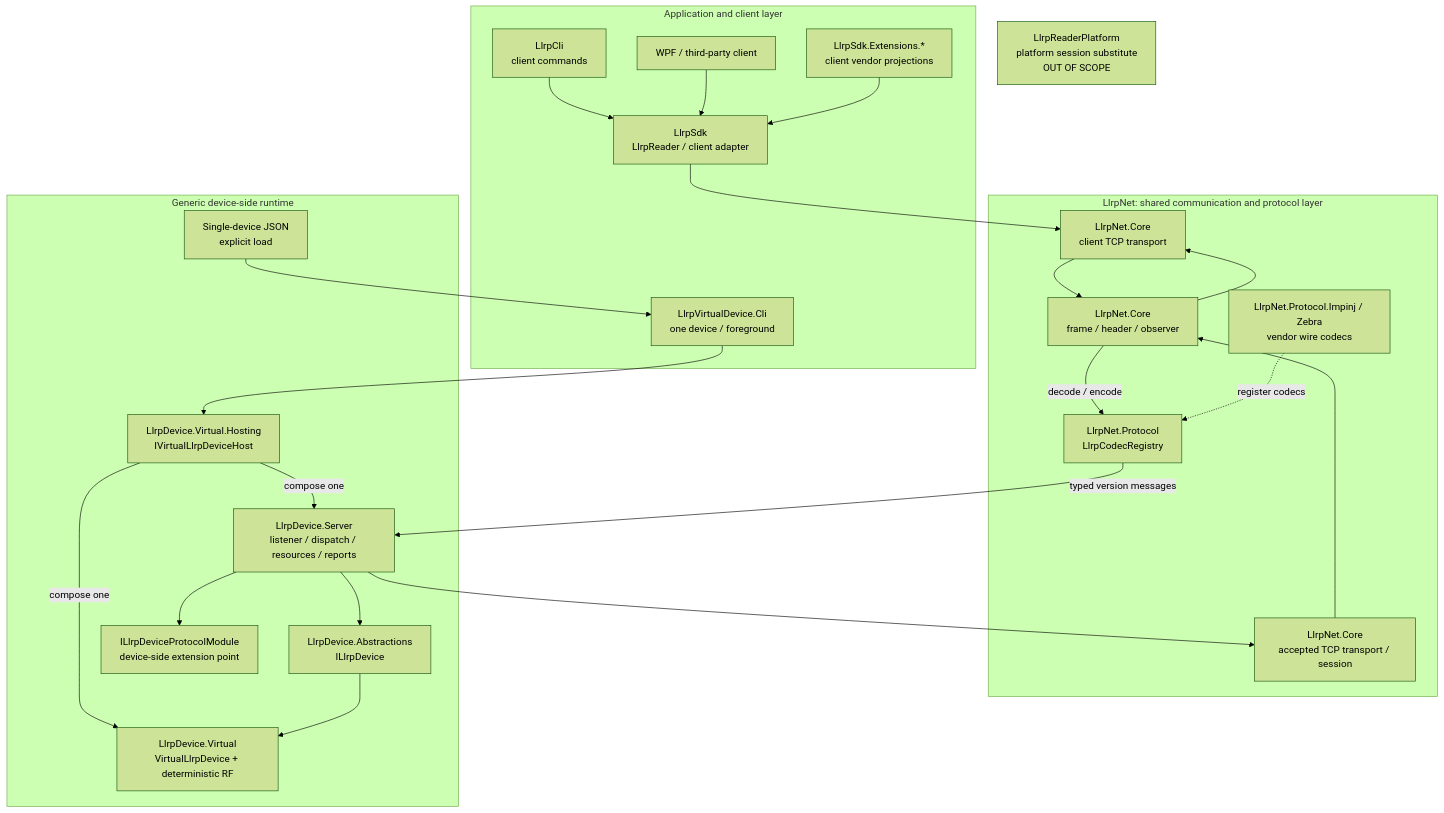
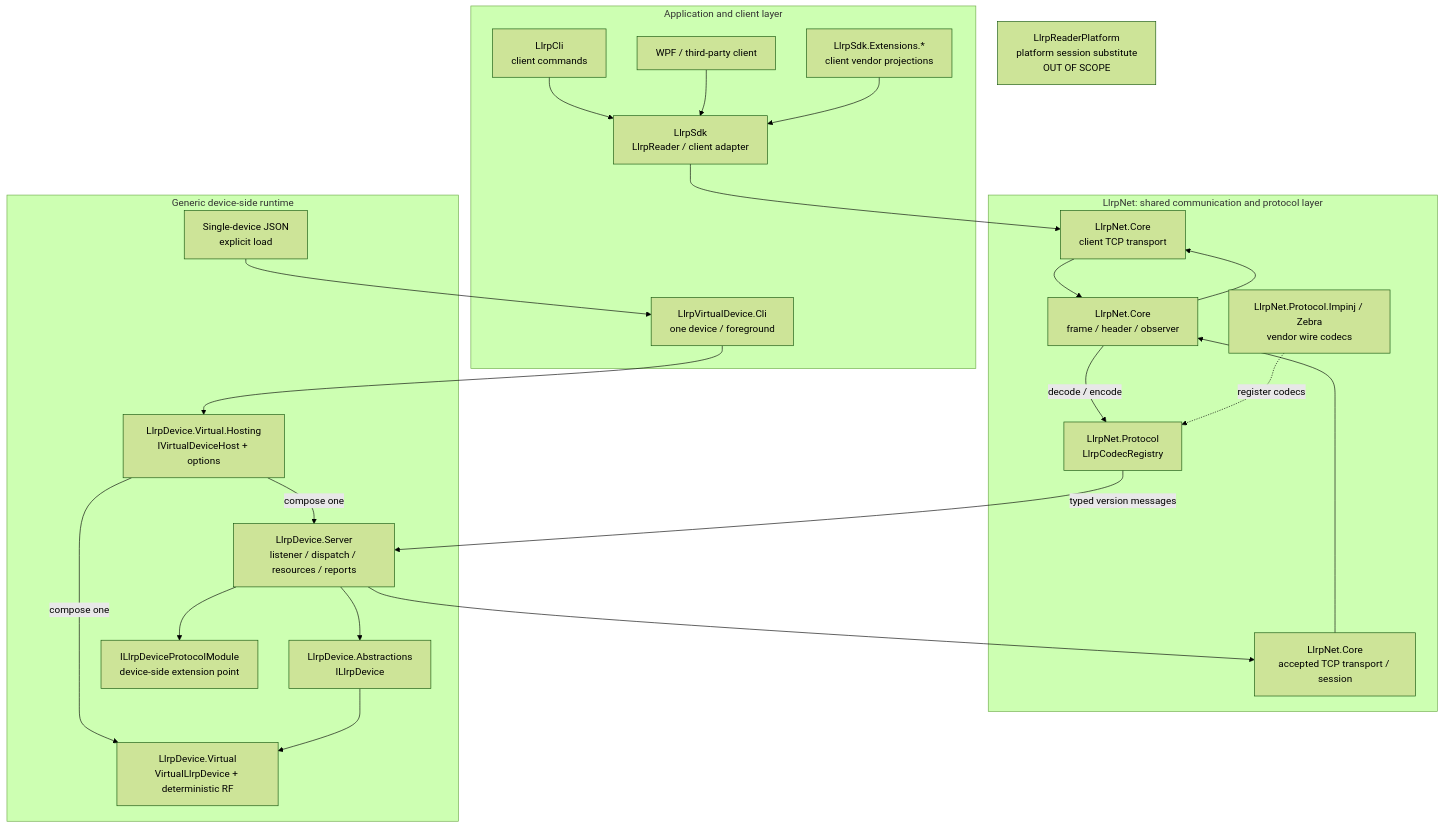
Before and after one commit to newton5555/LLRPCSharp: the diagram in docs/architecture/virtual-reader-architecture.mmd, drawn with Mermaid (forest theme). The commit also changed 29 other files, not shown here.

Commit message:
feat: add high-level virtual device hosting facade

```diff
--- a/docs/architecture/virtual-reader-architecture.mmd
+++ b/docs/architecture/virtual-reader-architecture.mmd
@@ -1,47 +1,47 @@
 flowchart TB
     subgraph APP["Application and client layer"]
         CLI["LlrpCli<br/>client commands"]
         CLIENT_APP["WPF / third-party client"]
         DEVICE_CLI["LlrpVirtualDevice.Cli<br/>one device / foreground"]
         SDK["LlrpSdk<br/>LlrpReader / client adapter"]
         SDK_EXT["LlrpSdk.Extensions.*<br/>client vendor projections"]
     end
 
     subgraph NET["LlrpNet: shared communication and protocol layer"]
         CLIENT_TCP["LlrpNet.Core<br/>client TCP transport"]
         SERVER_TCP["LlrpNet.Core<br/>accepted TCP transport / session"]
         FRAME["LlrpNet.Core<br/>frame / header / observer"]
         REGISTRY["LlrpNet.Protocol<br/>LlrpCodecRegistry"]
         WIRE["LlrpNet.Protocol.Impinj / Zebra<br/>vendor wire codecs"]
     end
 
     subgraph DEVICE["Generic device-side runtime"]
-        HOST["LlrpDevice.Virtual.Hosting<br/>IVirtualLlrpDeviceHost"]
+        HOST["LlrpDevice.Virtual.Hosting<br/>IVirtualDeviceHost + options"]
         SERVER["LlrpDevice.Server<br/>listener / dispatch / resources / reports"]
         CONTRACT["LlrpDevice.Abstractions<br/>ILlrpDevice"]
         VIRTUAL["LlrpDevice.Virtual<br/>VirtualLlrpDevice + deterministic RF"]
         CONFIG["Single-device JSON<br/>explicit load"]
         EXT["ILlrpDeviceProtocolModule<br/>device-side extension point"]
     end
 
     PLATFORM["LlrpReaderPlatform<br/>platform session substitute<br/>OUT OF SCOPE"]
 
     CLI --> SDK
     CLIENT_APP --> SDK
     DEVICE_CLI --> HOST
     SDK_EXT --> SDK
     SDK --> CLIENT_TCP
     CLIENT_TCP --> FRAME
     FRAME --> CLIENT_TCP
 
     HOST -->|"compose one"| SERVER
     HOST -->|"compose one"| VIRTUAL
     CONFIG --> DEVICE_CLI
     SERVER --> SERVER_TCP
     SERVER_TCP --> FRAME
     FRAME -->|"decode / encode"| REGISTRY
     REGISTRY -->|"typed version messages"| SERVER
     SERVER --> CONTRACT
     CONTRACT --> VIRTUAL
     SERVER --> EXT
     WIRE -.->|"register codecs"| REGISTRY
```
